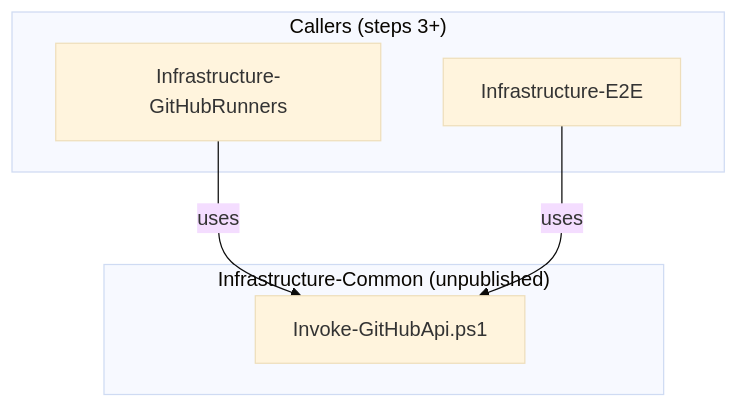
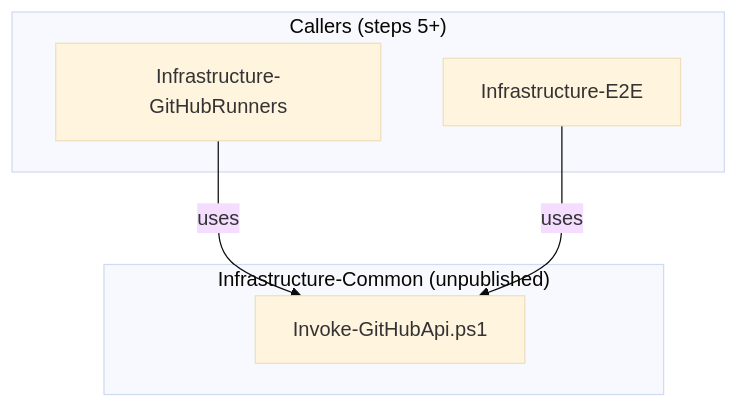
Before and after one commit to Klark-Morrigan/Infrastructure-E2E: the second of 11 diagrams in docs/dev/implementation/01 - initial implementation/plan.md, drawn with Mermaid (base theme). The commit also changed other lines of this file, not shown here.

Commit message:
docs: fix plan steps order

````diff
--- a/docs/dev/implementation/01 - initial implementation/plan.md
+++ b/docs/dev/implementation/01 - initial implementation/plan.md
@@ -142,14 +142,14 @@
 ```mermaid
 graph TD
     subgraph Common["Infrastructure-Common (unpublished)"]
         GHA["Invoke-GitHubApi.ps1"]
     end
 
-    subgraph Callers["Callers (steps 3+)"]
+    subgraph Callers["Callers (steps 5+)"]
         GHR["Infrastructure-GitHubRunners"]
         E2E["Infrastructure-E2E"]
     end
 
     GHR -->|uses| GHA
     E2E -->|uses| GHA
 ```
````
